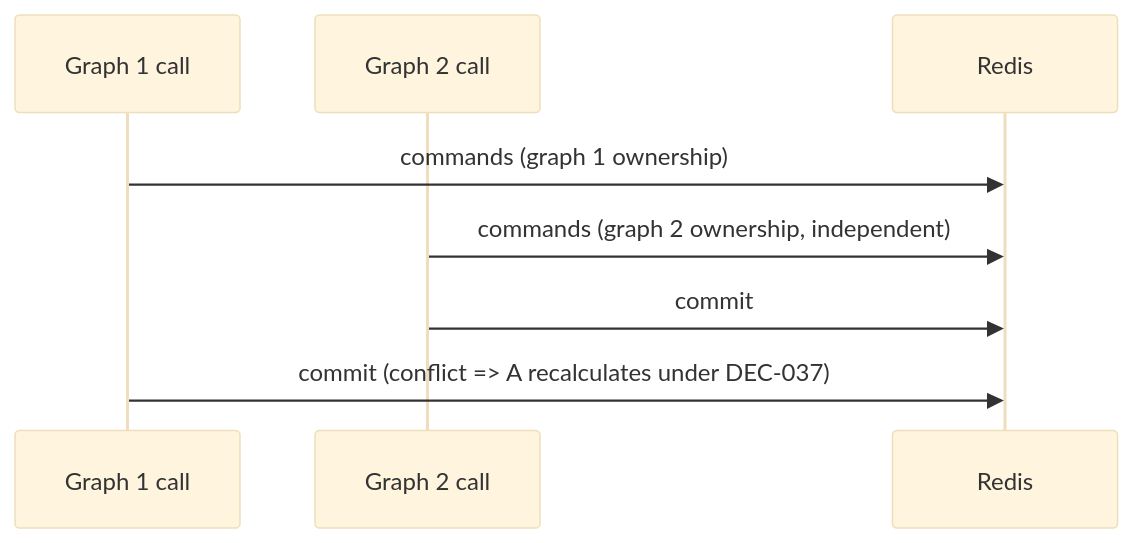
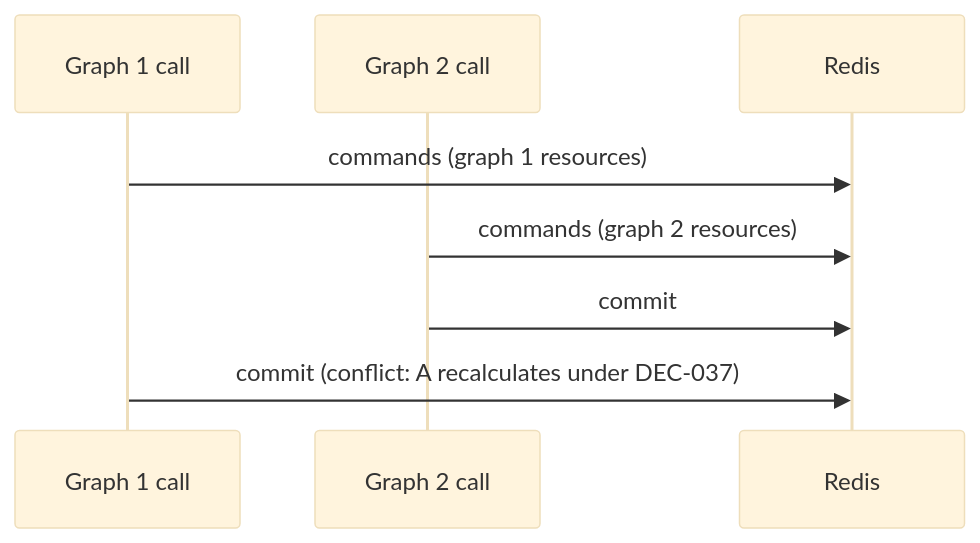
The fifth of 6 diagrams in investigations/fiber-request-ownership-260/EXCLUSIVITY_DESIGN.md (Maatify/php-rate-limiter), drawn with Mermaid (base theme) before and after one commit. The commit also changed other lines of this file, not shown here.

Commit message:
docs(investigation): exclusivity design revision 2 - execution-context identity, per-resource ownership, package-owned coordinator (#260, F266-05..08)

````diff
--- a/investigations/fiber-request-ownership-260/EXCLUSIVITY_DESIGN.md
+++ b/investigations/fiber-request-ownership-260/EXCLUSIVITY_DESIGN.md
@@ -217,10 +291,10 @@
 ```mermaid
 sequenceDiagram
     participant A as Graph 1 call
     participant B as Graph 2 call
     participant R as Redis
-    A->>R: commands (graph 1 ownership)
-    B->>R: commands (graph 2 ownership, independent)
+    A->>R: commands (graph 1 resources)
+    B->>R: commands (graph 2 resources)
     B->>R: commit
-    A->>R: commit (conflict => A recalculates under DEC-037)
+    A->>R: commit (conflict: A recalculates under DEC-037)
 ```
````
